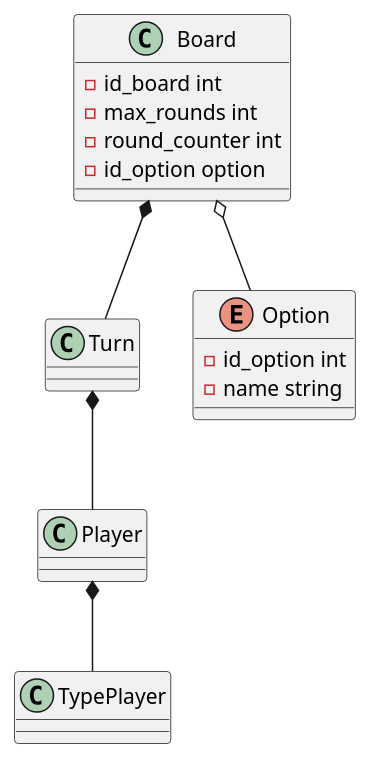
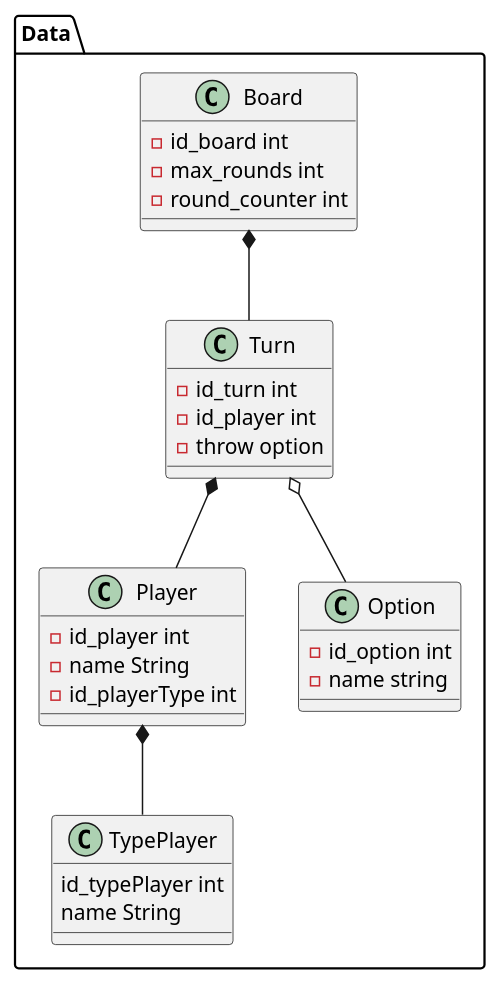
Before and after one commit to Baer09/RPS: the diagram in Documentation/data_model.plantuml, drawn with PlantUML. The commit also changed 4 other files, not shown here.

Commit message:
finished data diagram, finished controller and view diagram

```diff
--- a/Documentation/data_model.plantuml
+++ b/Documentation/data_model.plantuml
@@ -1,30 +1,38 @@
 @startuml
 
-
+package Data <<Folder>>{
 class Player
 class Board
 class Turn
-enum Option
+class Option
 class TypePlayer
 
 Board *-- Turn
-Board o-- Option
 Turn *-- Player
 Player *-- TypePlayer
+Turn o-- Option
 
 Board : - id_board int
 Board : - max_rounds int
 Board : - round_counter int
-Board : - id_option option
+
 
 Option : - id_option int
 Option : - name string
 
+Turn : - id_turn int
+Turn : - id_player int
+Turn : - throw option
 
+Player : - id_player int
+Player : - name String
+Player : - id_playerType int
 
+TypePlayer : id_typePlayer int
+TypePlayer : name String
 
-
+}
 
 
 
 @enduml
```
